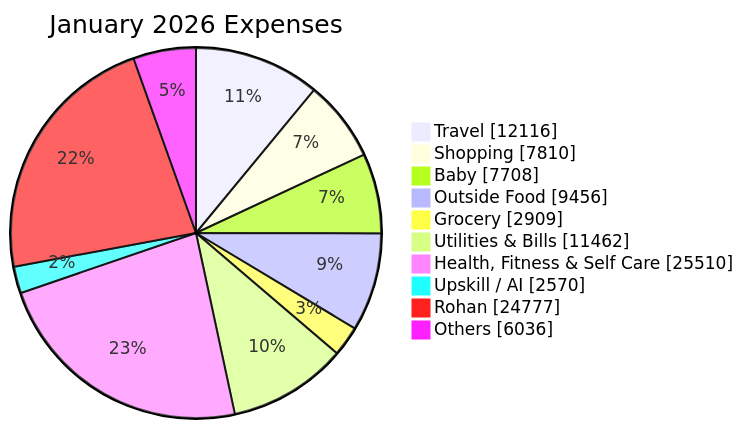
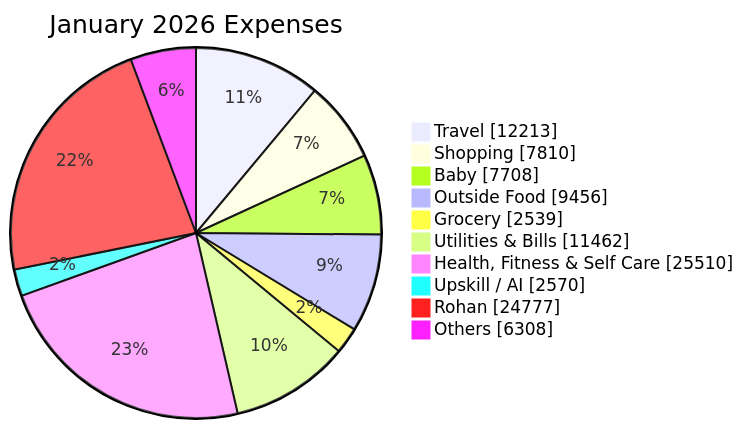
The second of 2 diagrams in reports/2026-01.md (sachin-hg/expense-reporter), drawn with Mermaid before and after one commit. The commit also changed other lines of this file and 18 other files, not shown here.

````diff
--- a/reports/2026-01.md
+++ b/reports/2026-01.md
@@ -42,14 +42,14 @@
 ```mermaid
 pie showData
     title January 2026 Expenses
-    "Travel" : 12116
+    "Travel" : 12213
     "Shopping" : 7810
     "Baby" : 7708
     "Outside Food" : 9456
-    "Grocery" : 2909
+    "Grocery" : 2539
     "Utilities & Bills" : 11462
     "Health, Fitness & Self Care" : 25510
     "Upskill / AI" : 2570
     "Rohan" : 24777
-    "Others" : 6036
+    "Others" : 6308
 ```
````
